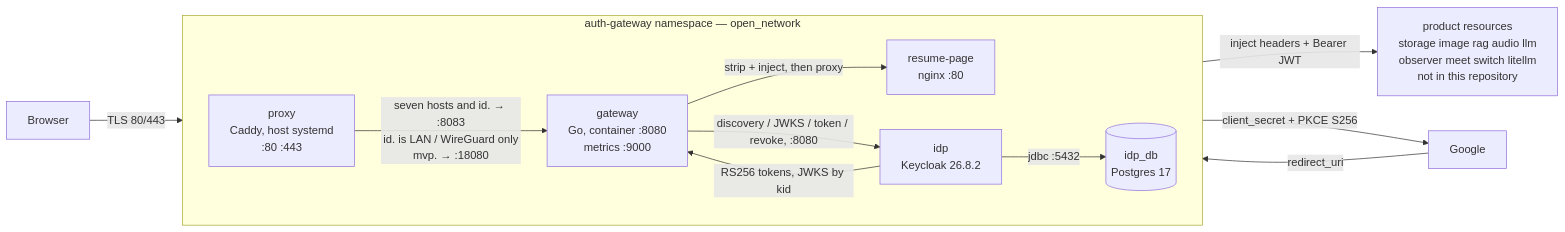
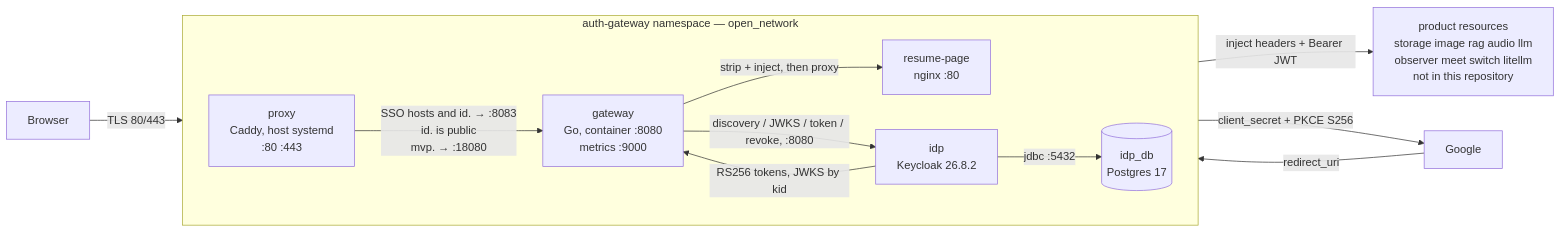
Before and after one commit to Aleshka5/Open-Storage: the diagram in docs/auth-gateway/init.md, drawn with Mermaid. The commit also changed other lines of this file and 14 other files, not shown here.

````diff
--- a/docs/auth-gateway/init.md
+++ b/docs/auth-gateway/init.md
@@ -9,26 +9,26 @@
 ```mermaid
 flowchart LR
   B["Browser"]
   GO["Google"]
 
   subgraph NS["auth-gateway namespace — open_network"]
     direction LR
     P["proxy<br/>Caddy, host systemd<br/>:80 :443"]
     G["gateway<br/>Go, container :8080<br/>metrics :9000"]
     I["idp<br/>Keycloak 26.8.2"]
     D[("idp_db<br/>Postgres 17")]
     R["resume-page<br/>nginx :80"]
   end
 
   PR["product resources<br/>storage image rag audio llm<br/>observer meet switch litellm<br/>not in this repository"]
 
   B -->|"TLS 80/443"| P
-  P -->|"seven hosts and id. → :8083<br/>id. is LAN / WireGuard only<br/>mvp. → :18080"| G
+  P -->|"SSO hosts and id. → :8083<br/>id. is public<br/>mvp. → :18080"| G
   G -->|"strip + inject, then proxy"| R
   G -->|"inject headers + Bearer JWT"| PR
   G -->|"discovery / JWKS / token / revoke, :8080"| I
   I -->|"RS256 tokens, JWKS by kid"| G
   I -->|"jdbc :5432"| D
   I -->|"client_secret + PKCE S256"| GO
   GO -->|"redirect_uri"| I
 ```
````
